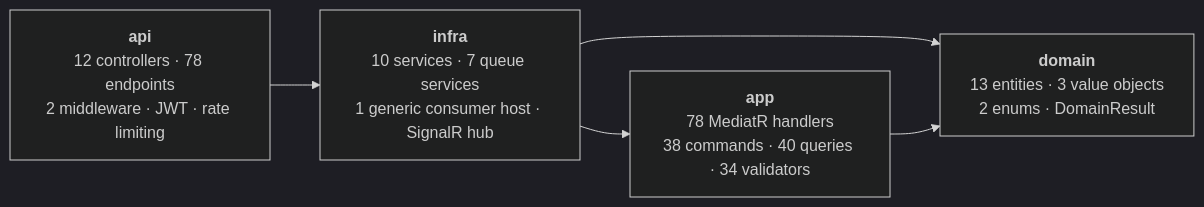
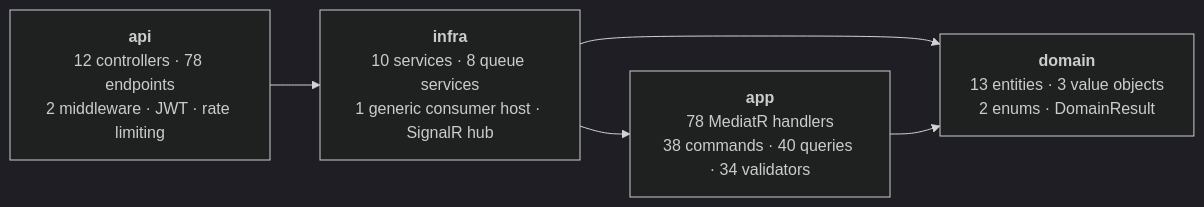
One commit to Datnguynx110605/Bump_Server changed the diagram in doc/project-overview.md. Above: the diagram before and after it, drawn with Mermaid (dark theme). The commit also changed 56 other files, not shown here.

````diff
--- a/doc/project-overview.md
+++ b/doc/project-overview.md
@@ -83,12 +83,12 @@
 ```mermaid
 graph LR
     api["<b>api</b><br/>12 controllers · 78 endpoints<br/>2 middleware · JWT · rate limiting"]
-    infra["<b>infra</b><br/>10 services · 7 queue services<br/>1 generic consumer host · SignalR hub"]
+    infra["<b>infra</b><br/>10 services · 8 queue services<br/>1 generic consumer host · SignalR hub"]
     app["<b>app</b><br/>78 MediatR handlers<br/>38 commands · 40 queries · 34 validators"]
     domain["<b>domain</b><br/>13 entities · 3 value objects<br/>2 enums · DomainResult"]
 
     api --> infra
     infra --> app
     infra --> domain
     app --> domain
 ```
````
